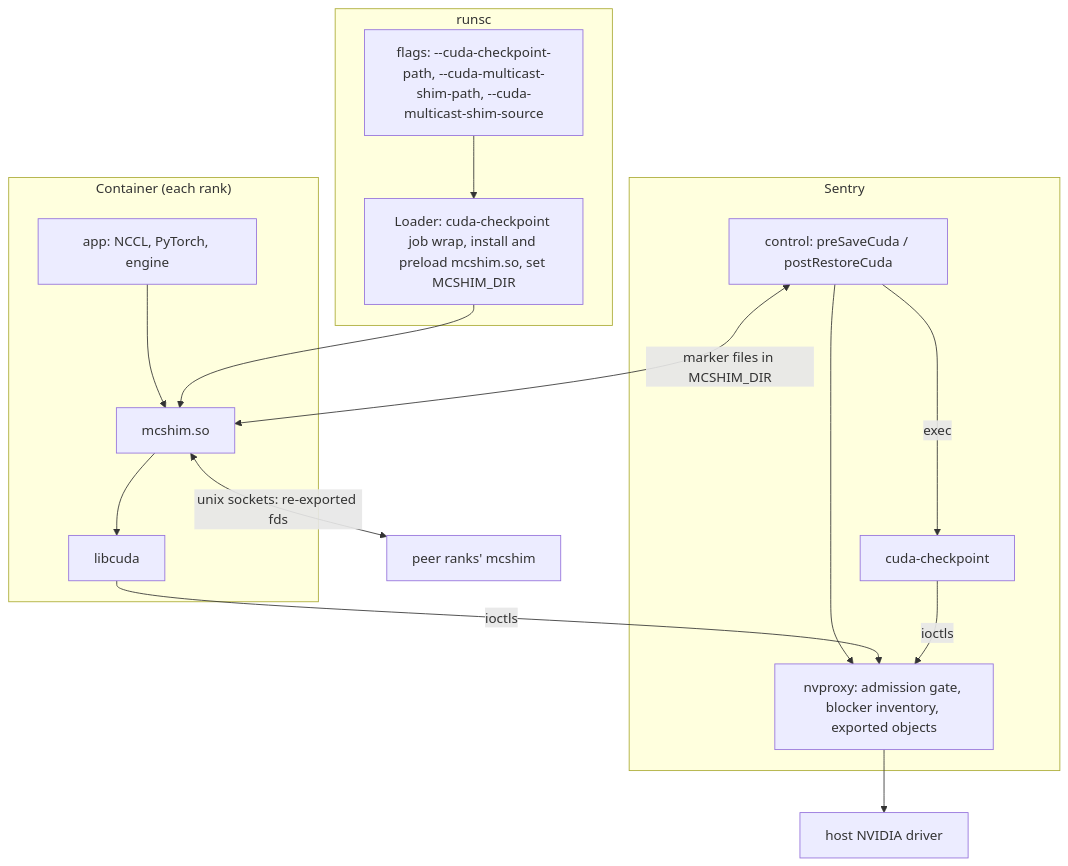
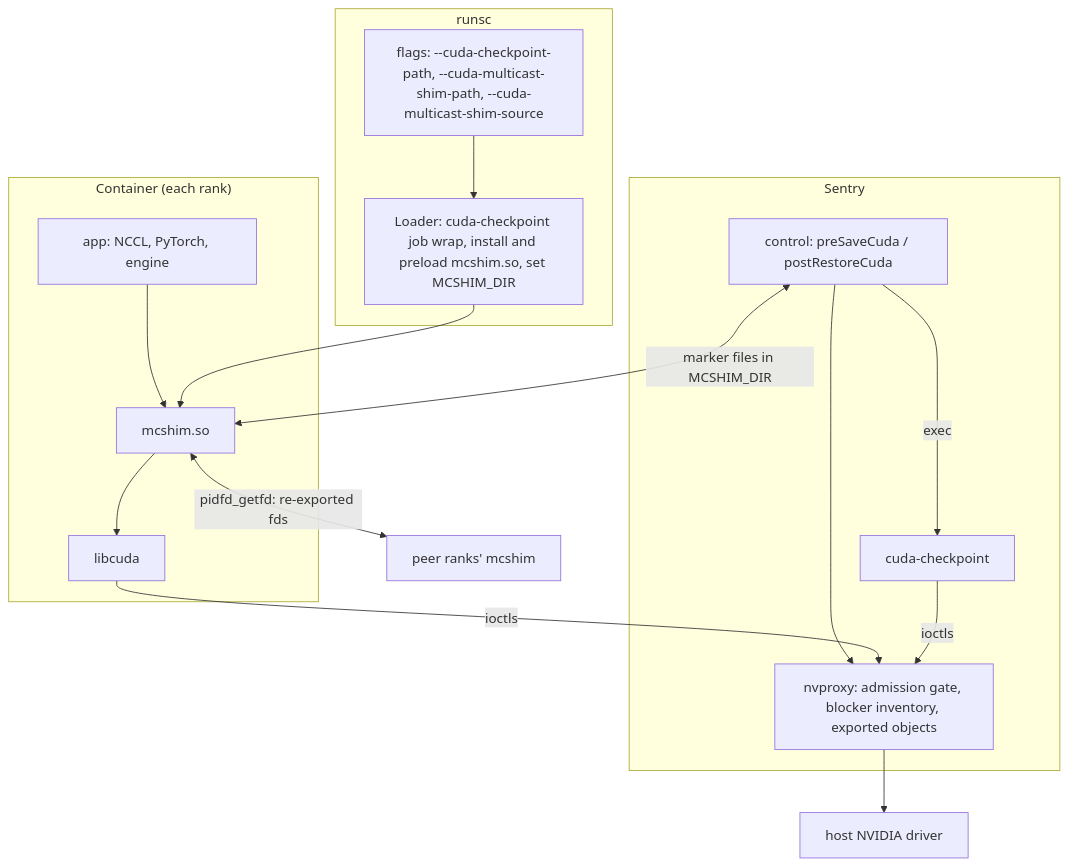
One commit to luiscape/gvisor changed the first of 2 diagrams in g3doc/proposals/cuda_multigpu_checkpoint.md. Above: the diagram before and after it, drawn with Mermaid. The commit also changed other lines of this file and 2 other files, not shown here.

````diff
--- a/g3doc/proposals/cuda_multigpu_checkpoint.md
+++ b/g3doc/proposals/cuda_multigpu_checkpoint.md
@@ -81,20 +81,20 @@
 ```mermaid
 flowchart TD
     subgraph runsc
         F["flags: --cuda-checkpoint-path, --cuda-multicast-shim-path, --cuda-multicast-shim-source"] --> L["Loader: cuda-checkpoint job wrap, install and preload mcshim.so, set MCSHIM_DIR"]
     end
     subgraph Sentry
         S["control: preSaveCuda / postRestoreCuda"] -->|exec| CC[cuda-checkpoint]
         S --> N["nvproxy: admission gate, blocker inventory, exported objects"]
     end
     subgraph "Container (each rank)"
         A["app: NCCL, PyTorch, engine"] --> M[mcshim.so]
         M --> LC[libcuda]
     end
     L --> M
     S <-->|"marker files in MCSHIM_DIR"| M
-    M <-->|"unix sockets: re-exported fds"| P["peer ranks' mcshim"]
+    M <-->|"pidfd_getfd: re-exported fds"| P["peer ranks' mcshim"]
     LC -->|ioctls| N
     CC -->|ioctls| N
     N --> H[host NVIDIA driver]
 ```
````
